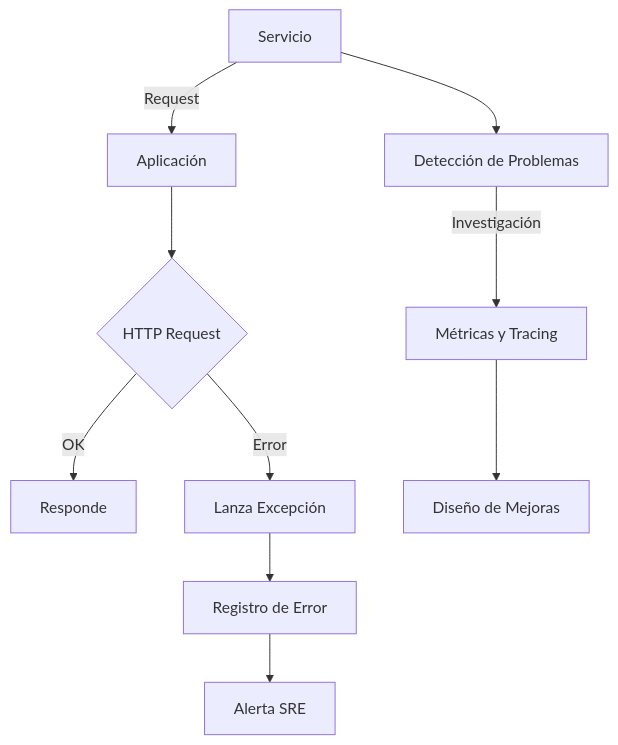
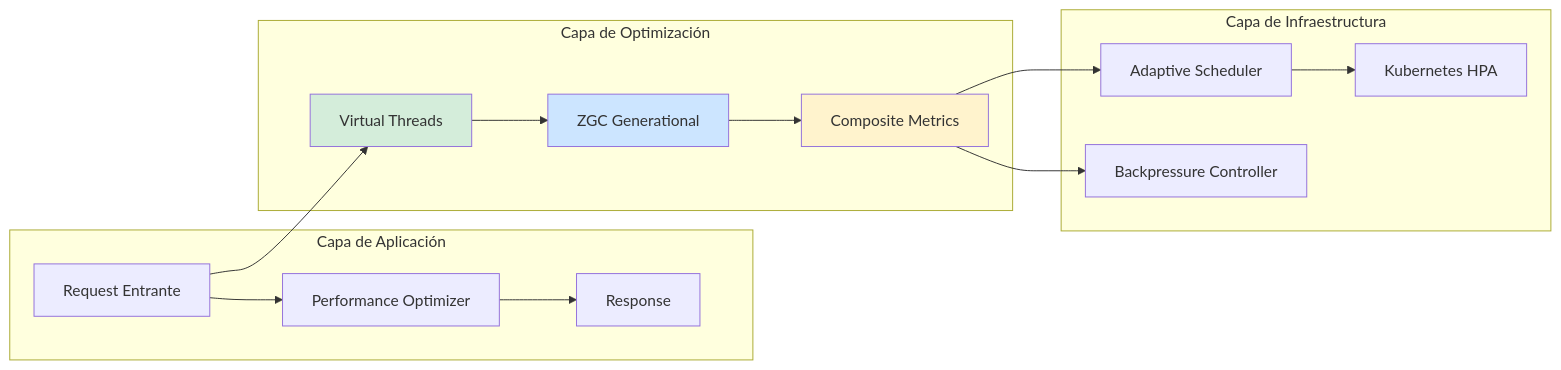
Before and after one commit to Joaquinriosheredia/DAM-Java-Mastery: the second of 3 diagrams in _Review/latencia_vs_throughput_optimizacion_sistemas/latencia_vs_throughput_optimizacion_sistemas.md, drawn with Mermaid. The commit also changed other lines of this file, not shown here.

````diff
--- a/_Review/latencia_vs_throughput_optimizacion_sistemas/latencia_vs_throughput_optimizacion_sistemas.md
+++ b/_Review/latencia_vs_throughput_optimizacion_sistemas/latencia_vs_throughput_optimizacion_sistemas.md
@@ -491,13 +149,30 @@
 ```mermaid
-graph TD
-    A[Servicio] -->|Request| B[Aplicación]
-    B --> C{HTTP Request}
-    C -->|OK| D[Responde]
-    C -->|Error| E[Lanza Excepción]
-    E --> F[Registro de Error]
-    F --> G[Alerta SRE]
-
-    A --> H[Detección de Problemas]
-    H -->|Investigación| I[Métricas y Tracing]
-    I --> J[Diseño de Mejoras]
+graph LR
+    subgraph "Capa de Aplicación"
+        REQ[Request Entrante] --> OPT[Performance Optimizer]
+        OPT --> RESP[Response]
+    end
+    
+    subgraph "Capa de Optimización"
+        VT[Virtual Threads]
+        ZGC[ZGC Generational]
+        MET[Composite Metrics]
+    end
+    
+    subgraph "Capa de Infraestructura"
+        K8S[Kubernetes HPA]
+        SCHED[Adaptive Scheduler]
+        BACKPRESSURE[Backpressure Controller]
+    end
+    
+    REQ --> VT
+    VT --> ZGC
+    ZGC --> MET
+    MET --> SCHED
+    SCHED --> K8S
+    MET --> BACKPRESSURE
+    
+    style VT fill:#d4edda
+    style ZGC fill:#cce5ff
+    style MET fill:#fff3cd
 ```
````
